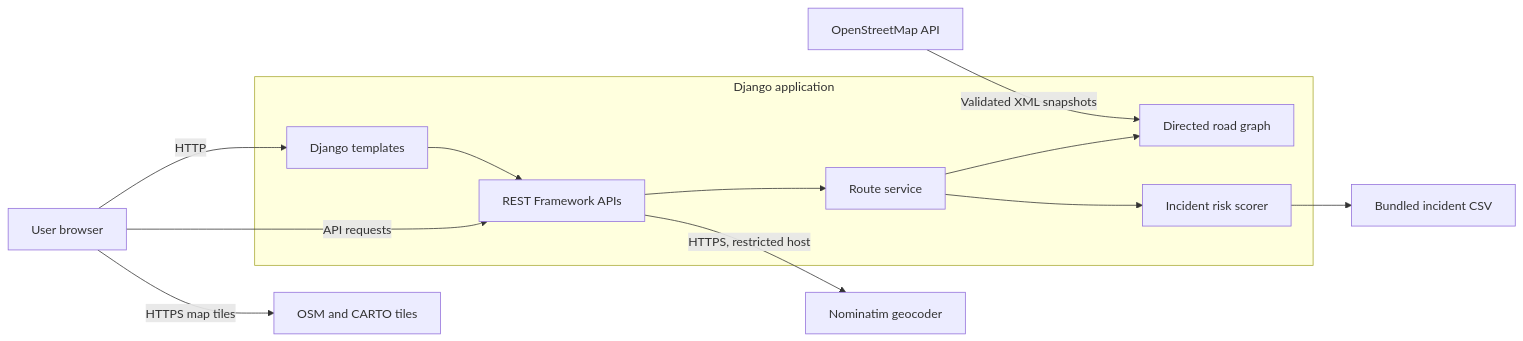
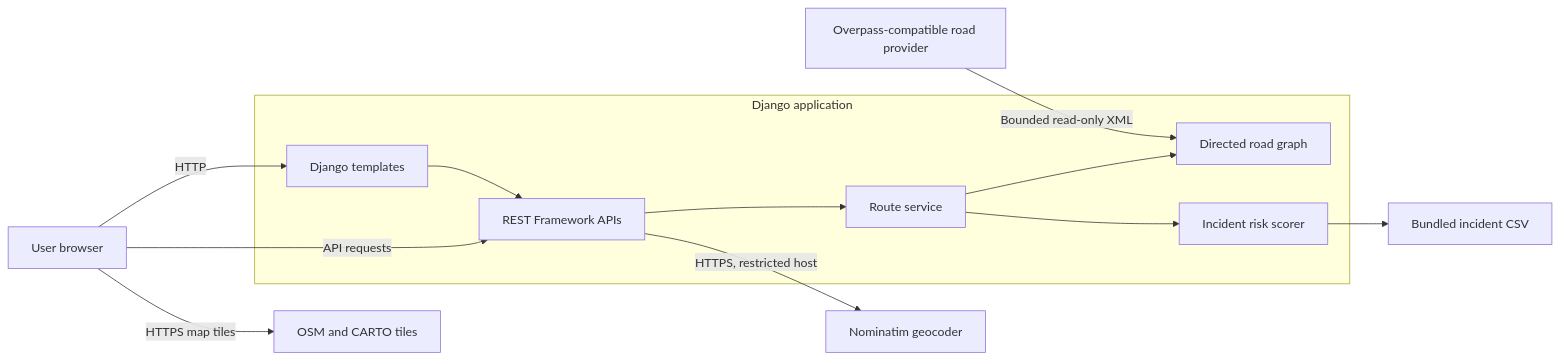
One commit to K2K22K2K22/SafePath changed the first of 6 diagrams in docs/ARCHITECTURE.md. Above: the diagram before and after it, drawn with Mermaid. The commit also changed other lines of this file and 12 other files, not shown here.

First line of the commit message:
fix(osm): use a permitted read-only road data source

````diff
--- a/docs/ARCHITECTURE.md
+++ b/docs/ARCHITECTURE.md
@@ -11,28 +11,28 @@
 ```mermaid
 flowchart LR
     User[User browser]
 
     subgraph Django[Django application]
         UI[Django templates]
         API[REST Framework APIs]
         Service[Route service]
         Graph[Directed road graph]
         Risk[Incident risk scorer]
     end
 
-    OSM[OpenStreetMap API]
+    OSM[Overpass-compatible road provider]
     Geo[Nominatim geocoder]
     CSV[Bundled incident CSV]
     Tiles[OSM and CARTO tiles]
 
     User -->|HTTP| UI
     User -->|API requests| API
     UI --> API
     API --> Service
     Service --> Graph
     Service --> Risk
     Risk --> CSV
-    OSM -->|Validated XML snapshots| Graph
+    OSM -->|Bounded read-only XML| Graph
     API -->|HTTPS, restricted host| Geo
     User -->|HTTPS map tiles| Tiles
 ```
````
